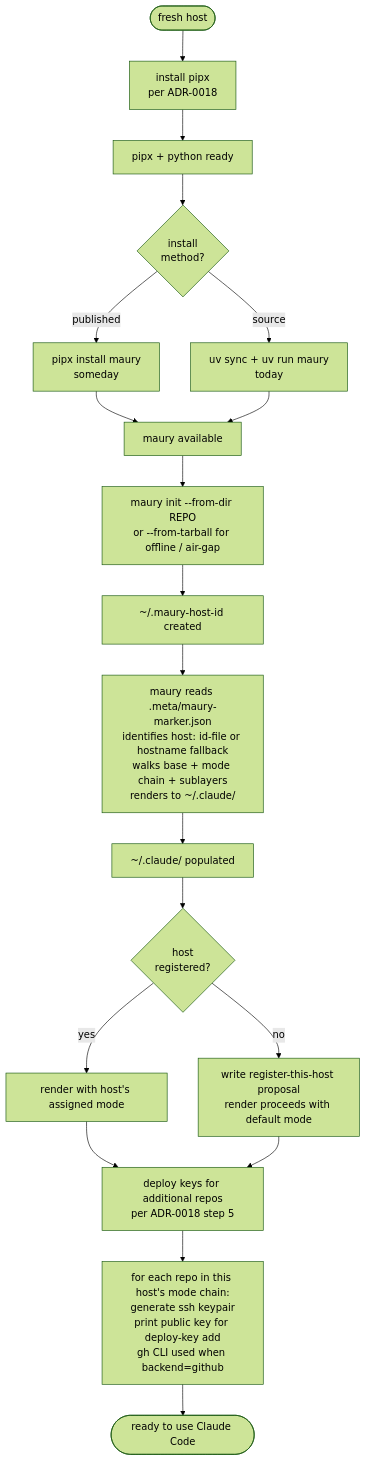
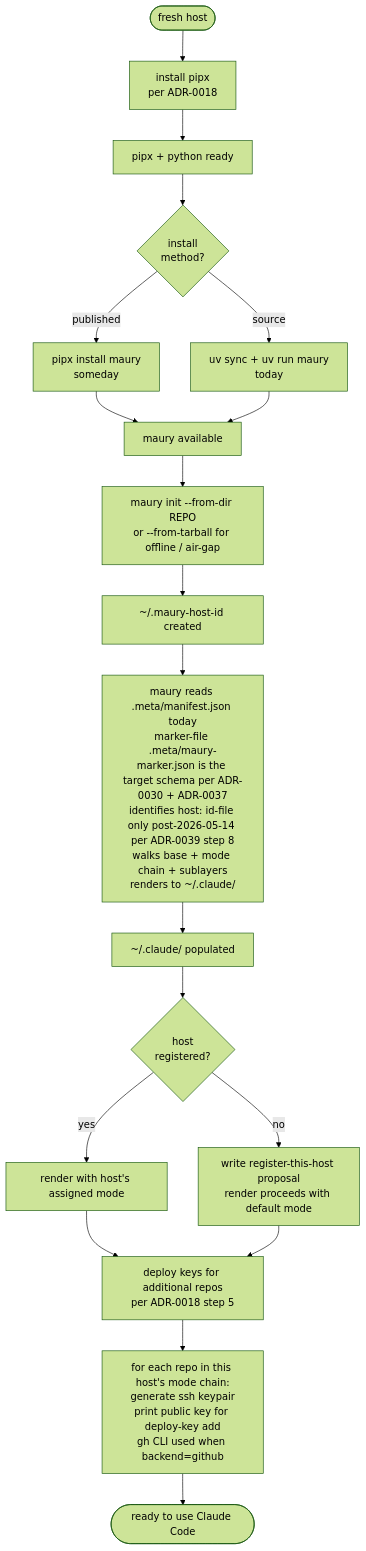
The first of 4 diagrams in docs/workflow.md (csmarshall/maury), drawn with Mermaid (forest theme) before and after one commit. The commit also changed other lines of this file and 11 other files, not shown here.

````diff
--- a/docs/workflow.md
+++ b/docs/workflow.md
@@ -25,21 +34,21 @@
 ```mermaid
 flowchart TD
     Fresh([fresh host]) --> Pipx[install pipx<br/>per ADR-0018]
     Pipx --> Ready[pipx + python ready]
     Ready --> Install{install<br/>method?}
     Install -->|published| Pip[pipx install maury<br/>someday]
     Install -->|source| UV[uv sync + uv run maury<br/>today]
     Pip --> Avail[maury available]
     UV --> Avail
     Avail --> Init[maury init --from-dir REPO<br/>or --from-tarball for offline / air-gap]
     Init --> HostID[~/.maury-host-id created]
-    HostID --> Read[maury reads .meta/maury-marker.json<br/>identifies host: id-file or hostname fallback<br/>walks base + mode chain + sublayers<br/>renders to ~/.claude/]
+    HostID --> Read[maury reads .meta/manifest.json today<br/>marker-file .meta/maury-marker.json is the target schema per ADR-0030 + ADR-0037<br/>identifies host: id-file only post-2026-05-14 per ADR-0039 step 8<br/>walks base + mode chain + sublayers<br/>renders to ~/.claude/]
     Read --> Populated[~/.claude/ populated]
     Populated --> Reg{host<br/>registered?}
     Reg -->|yes| Assigned[render with host's assigned mode]
     Reg -->|no| ProposeReg[write register-this-host proposal<br/>render proceeds with default mode]
     Assigned --> Keys[deploy keys for additional repos<br/>per ADR-0018 step 5]
     ProposeReg --> Keys
     Keys --> KeysLoop[for each repo in this host's mode chain:<br/>generate ssh keypair<br/>print public key for deploy-key add<br/>gh CLI used when backend=github]
     KeysLoop --> Done([ready to use Claude Code])
 ```
````
